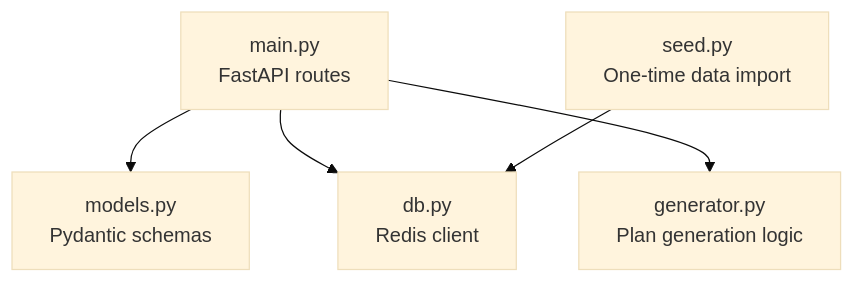
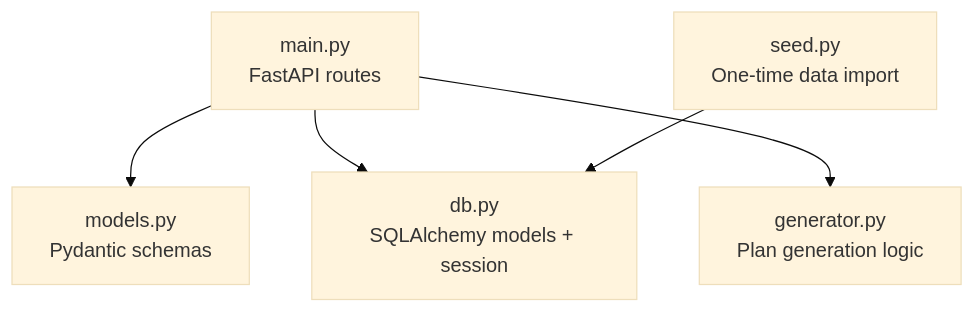
One commit to deilers/meal-planning changed the fourth of 6 diagrams in docs/architecture.md. Above: the diagram before and after it, drawn with Mermaid (base theme). The commit also changed other lines of this file and 8 other files, not shown here.

````diff
--- a/docs/architecture.md
+++ b/docs/architecture.md
@@ -98,13 +80,13 @@
 ```mermaid
 graph TD
     main["main.py<br/>FastAPI routes"]
     models["models.py<br/>Pydantic schemas"]
-    db["db.py<br/>Redis client"]
+    db["db.py<br/>SQLAlchemy models + session"]
     generator["generator.py<br/>Plan generation logic"]
     seed["seed.py<br/>One-time data import"]
 
     main --> models
     main --> db
     main --> generator
     seed --> db
 ```
````
